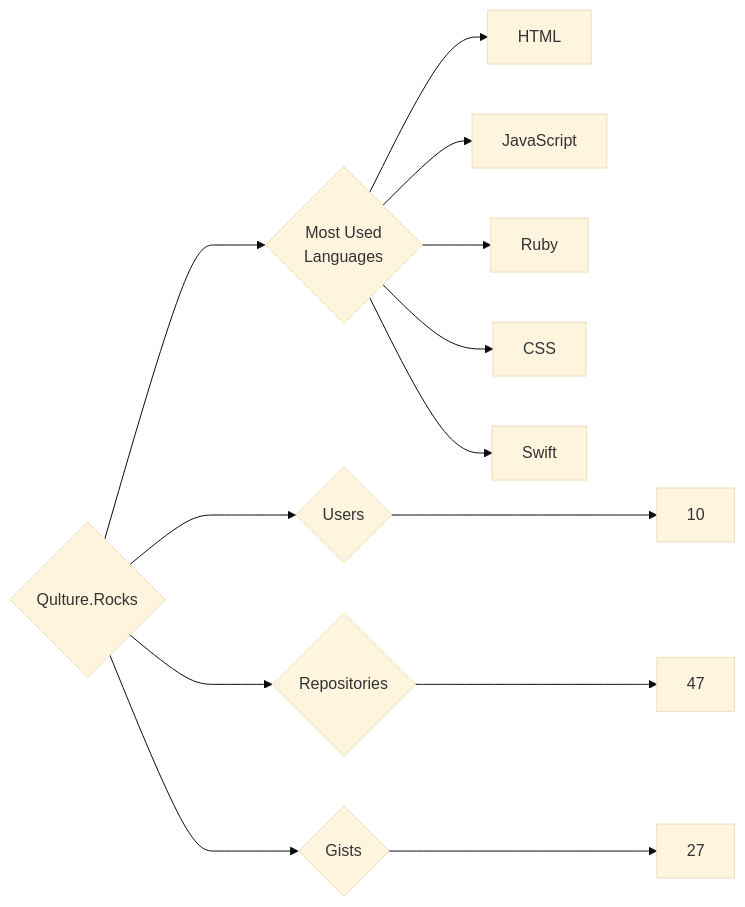
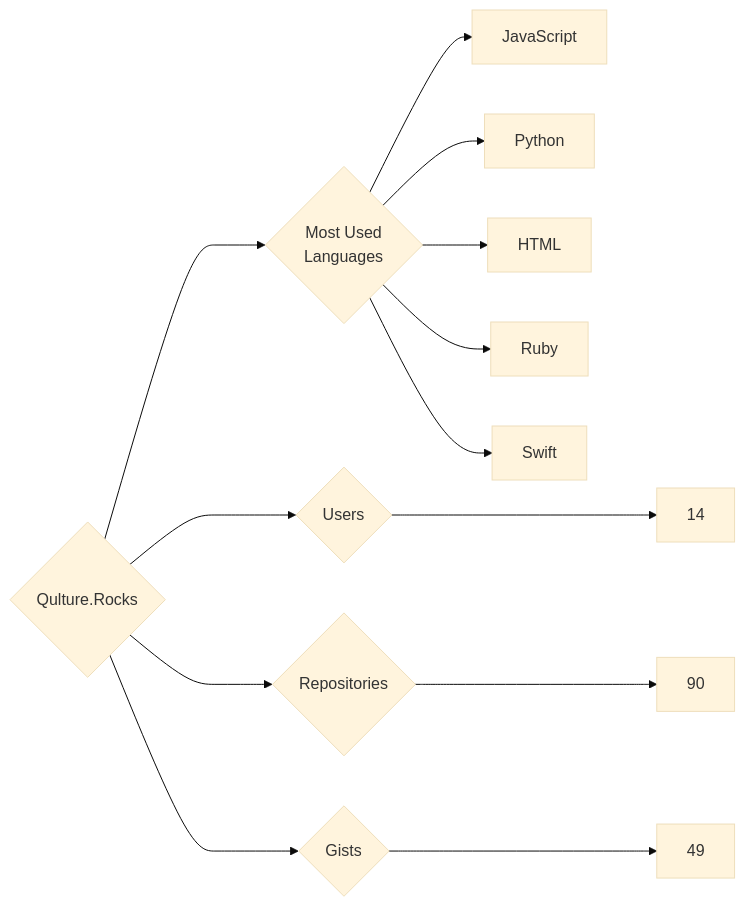
One commit to trickest/insiders changed the diagram in targets/Qulture.Rocks/README.md. Above: the diagram before and after it, drawn with Mermaid (base theme). The commit also changed 851 other files, not shown here.

````diff
--- a/targets/Qulture.Rocks/README.md
+++ b/targets/Qulture.Rocks/README.md
@@ -3,13 +3,13 @@
 ```mermaid
 graph LR
 COMPANY_NAME{Qulture.Rocks}
-COMPANY_NAME ---> U{Users} ---> UN[10]
-COMPANY_NAME ---> R{Repositories} ---> RN[47]
-COMPANY_NAME ---> G{Gists} ---> GN[27]
+COMPANY_NAME ---> U{Users} ---> UN[14]
+COMPANY_NAME ---> R{Repositories} ---> RN[90]
+COMPANY_NAME ---> G{Gists} ---> GN[49]
 COMPANY_NAME ---> ML{Most Used<br>Languages}
+ML --> JavaScript[JavaScript]
+ML --> Python[Python]
 ML --> HTML[HTML]
-ML --> JavaScript[JavaScript]
 ML --> Ruby[Ruby]
-ML --> CSS[CSS]
 ML --> Swift[Swift]
 ```
````
